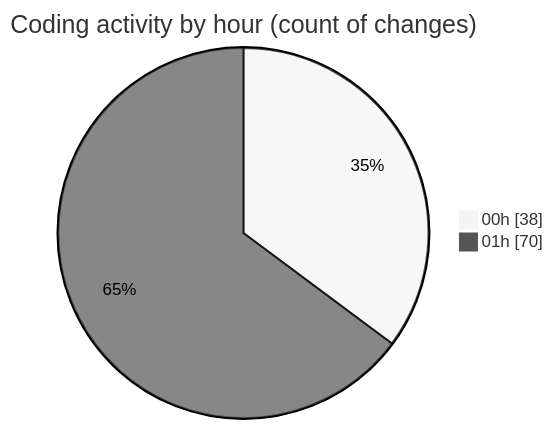
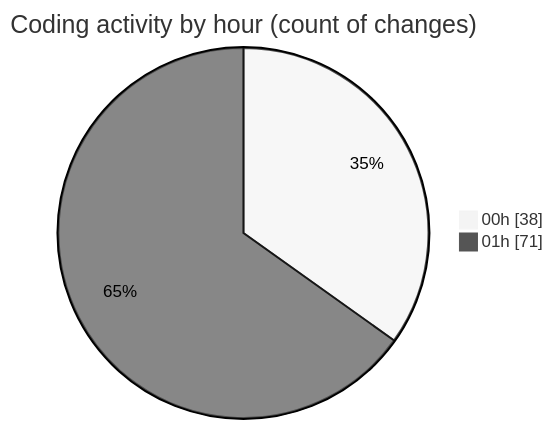
Before and after one commit to lephambinh05/code-tracking: the second of 2 diagrams in 2025-07-27/quanlyrapchieuphim-1/README.md, drawn with Mermaid (neutral theme). The commit also changed other lines of this file and 1 other file, not shown here.

````diff
--- a/2025-07-27/quanlyrapchieuphim-1/README.md
+++ b/2025-07-27/quanlyrapchieuphim-1/README.md
@@ -61,6 +61,6 @@
 ```mermaid
 pie showData
 title Coding activity by hour (count of changes)
 "00h" : 38
-"01h" : 70
+"01h" : 71
 ```
````
